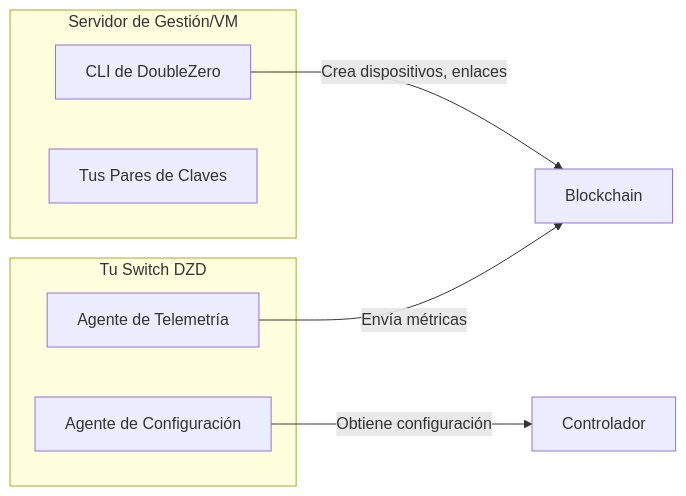
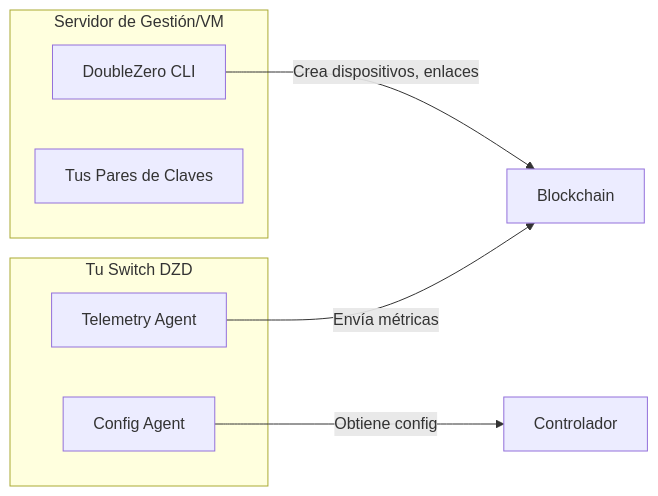
One commit to malbeclabs/docs changed the third of 13 diagrams in docs/contribute-provisioning.es.md. Above: the diagram before and after it, drawn with Mermaid. The commit also changed other lines of this file and 130 other files, not shown here.

````diff
--- a/docs/contribute-provisioning.es.md
+++ b/docs/contribute-provisioning.es.md
@@ -173,16 +173,16 @@
     ```mermaid
     flowchart LR
         subgraph "Servidor de Gestión/VM"
-            CLI[CLI de DoubleZero]
+            CLI[DoubleZero CLI]
             KEYS[Tus Pares de Claves]
         end
 
         subgraph "Tu Switch DZD"
-            CA[Agente de Configuración]
-            TA[Agente de Telemetría]
+            CA[Config Agent]
+            TA[Telemetry Agent]
         end
 
         CLI -->|Crea dispositivos, enlaces| BC[Blockchain]
-        CA -->|Obtiene configuración| CTRL[Controlador]
+        CA -->|Obtiene config| CTRL[Controlador]
         TA -->|Envía métricas| BC
     ```
````
